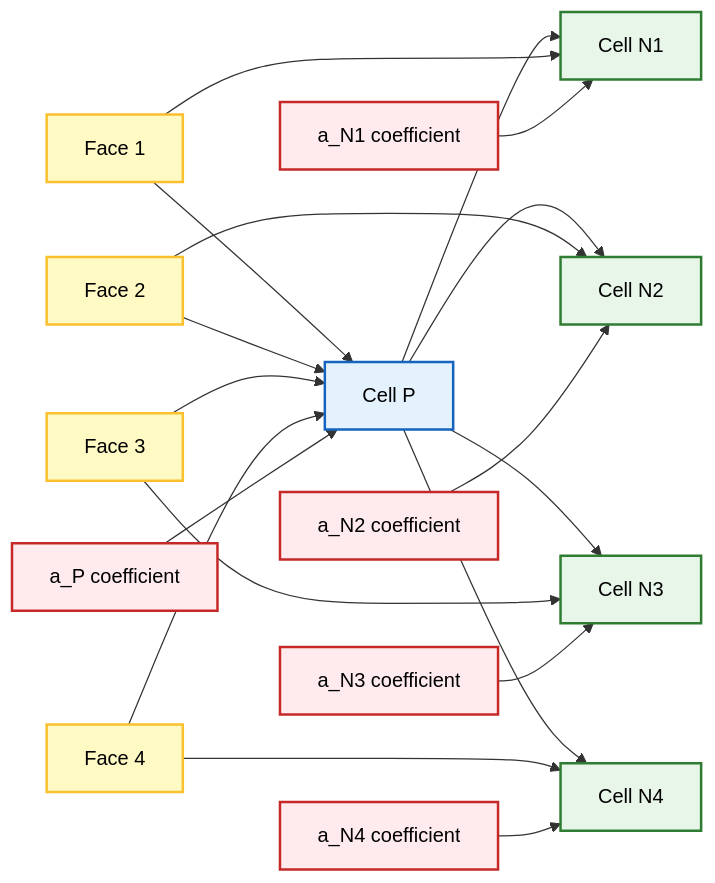
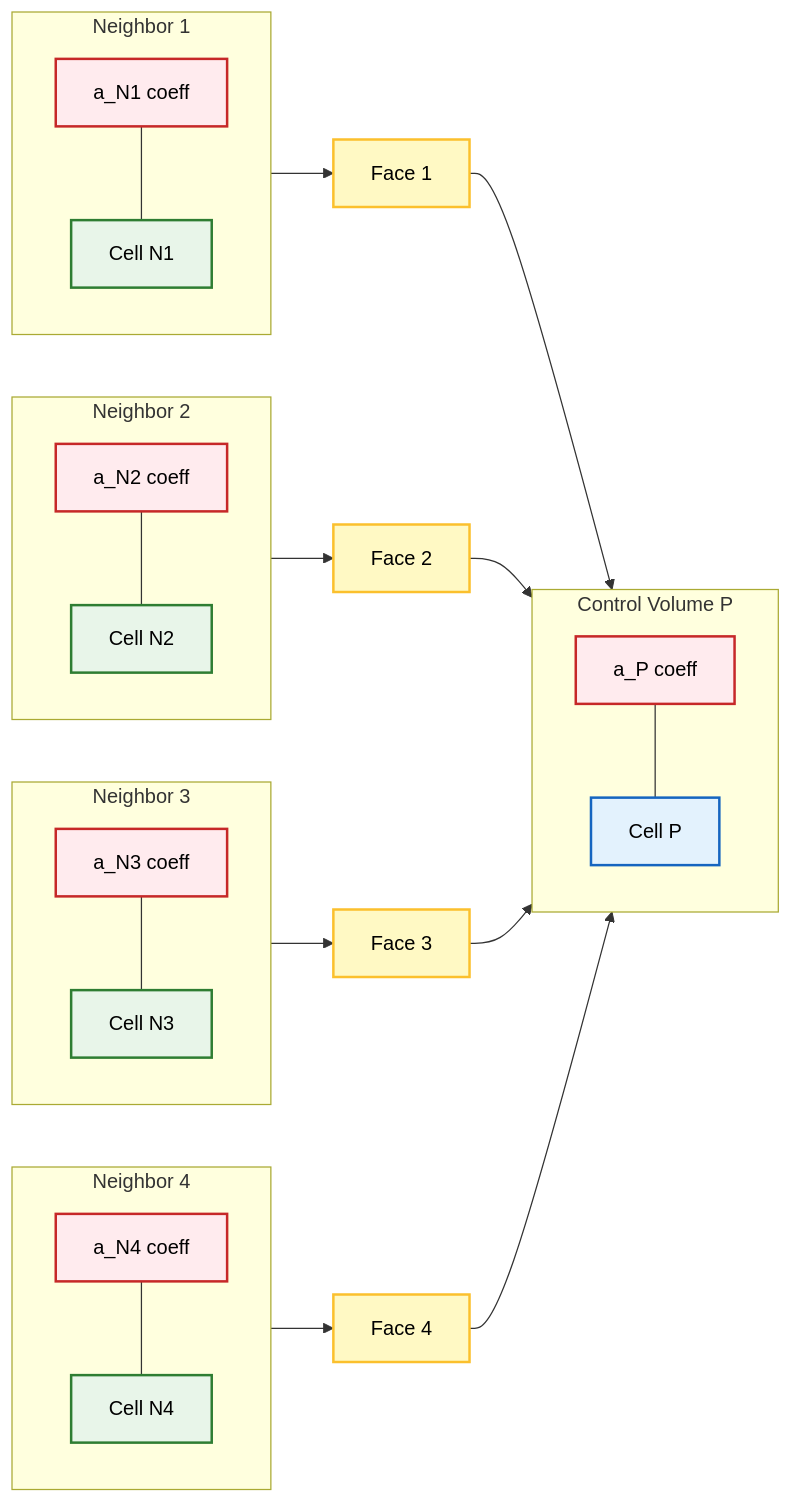
One commit to wramet/build-my-cfd changed the fifth of 8 diagrams in MODULE_01_CFD_FUNDAMENTALS/CONTENT/02_FINITE_VOLUME_METHOD/00_Overview.md. Above: the diagram before and after it, drawn with Mermaid. The commit also changed other lines of this file and 297 other files, not shown here.

Commit message:
Add explanation under mermaid diagram

````diff
--- a/MODULE_01_CFD_FUNDAMENTALS/CONTENT/02_FINITE_VOLUME_METHOD/00_Overview.md
+++ b/MODULE_01_CFD_FUNDAMENTALS/CONTENT/02_FINITE_VOLUME_METHOD/00_Overview.md
@@ -271,34 +275,59 @@
 ```mermaid
 graph LR
-    A[Cell P] --> B[Cell N1]
-    A --> C[Cell N2]
-    A --> D[Cell N3]
-    A --> E[Cell N4]
-    F[Face 1] --> A
-    F --> B
-    G[Face 2] --> A
-    G --> C
-    H[Face 3] --> A
-    H --> D
-    I[Face 4] --> A
-    I --> E
-    J[a_P coefficient] --> A
-    K[a_N1 coefficient] --> B
-    L[a_N2 coefficient] --> C
-    M[a_N3 coefficient] --> D
-    N[a_N4 coefficient] --> E
-    style A fill:#e3f2fd,stroke:#1565c0,stroke-width:2px,color:#000;
-    style B fill:#e8f5e9,stroke:#2e7d32,stroke-width:2px,color:#000;
-    style C fill:#e8f5e9,stroke:#2e7d32,stroke-width:2px,color:#000;
-    style D fill:#e8f5e9,stroke:#2e7d32,stroke-width:2px,color:#000;
-    style E fill:#e8f5e9,stroke:#2e7d32,stroke-width:2px,color:#000;
-    style F fill:#fff9c4,stroke:#fbc02d,stroke-width:2px,color:#000;
-    style G fill:#fff9c4,stroke:#fbc02d,stroke-width:2px,color:#000;
-    style H fill:#fff9c4,stroke:#fbc02d,stroke-width:2px,color:#000;
-    style I fill:#fff9c4,stroke:#fbc02d,stroke-width:2px,color:#000;
-    style J fill:#ffebee,stroke:#c62828,stroke-width:2px,color:#000;
-    style K fill:#ffebee,stroke:#c62828,stroke-width:2px,color:#000;
-    style L fill:#ffebee,stroke:#c62828,stroke-width:2px,color:#000;
-    style M fill:#ffebee,stroke:#c62828,stroke-width:2px,color:#000;
-    style N fill:#ffebee,stroke:#c62828,stroke-width:2px,color:#000;
+    %% Central Control Volume
+    subgraph CV_P [Control Volume P]
+        direction TB
+        A[Cell P]
+        J[a_P coeff]
+        J --- A
+    end
+
+    %% Neighbor 1
+    subgraph N1_Group [Neighbor 1]
+        direction TB
+        B[Cell N1]
+        K[a_N1 coeff]
+        K --- B
+    end
+
+    %% Neighbor 2
+    subgraph N2_Group [Neighbor 2]
+        direction TB
+        C[Cell N2]
+        L[a_N2 coeff]
+        L --- C
+    end
+
+    %% Neighbor 3
+    subgraph N3_Group [Neighbor 3]
+        direction TB
+        D[Cell N3]
+        M[a_N3 coeff]
+        M --- D
+    end
+
+    %% Neighbor 4
+    subgraph N4_Group [Neighbor 4]
+        direction TB
+        E[Cell N4]
+        N[a_N4 coeff]
+        N --- E
+    end
+
+    %% Connections via Faces
+    B --> F[Face 1] --> A
+    C --> G[Face 2] --> A
+    D --> H[Face 3] --> A
+    E --> I[Face 4] --> A
+
+    %% Styling using Classes (Cleaner Code)
+    classDef cell fill:#e3f2fd,stroke:#1565c0,stroke-width:2px,color:#000;
+    classDef neighbor fill:#e8f5e9,stroke:#2e7d32,stroke-width:2px,color:#000;
+    classDef face fill:#fff9c4,stroke:#fbc02d,stroke-width:2px,color:#000;
+    classDef coeff fill:#ffebee,stroke:#c62828,stroke-width:2px,color:#000;
+
+    class A cell;
+    class B,C,D,E neighbor;
+    class F,G,H,I face;
+    class J,K,L,M,N coeff;
 ```
````
